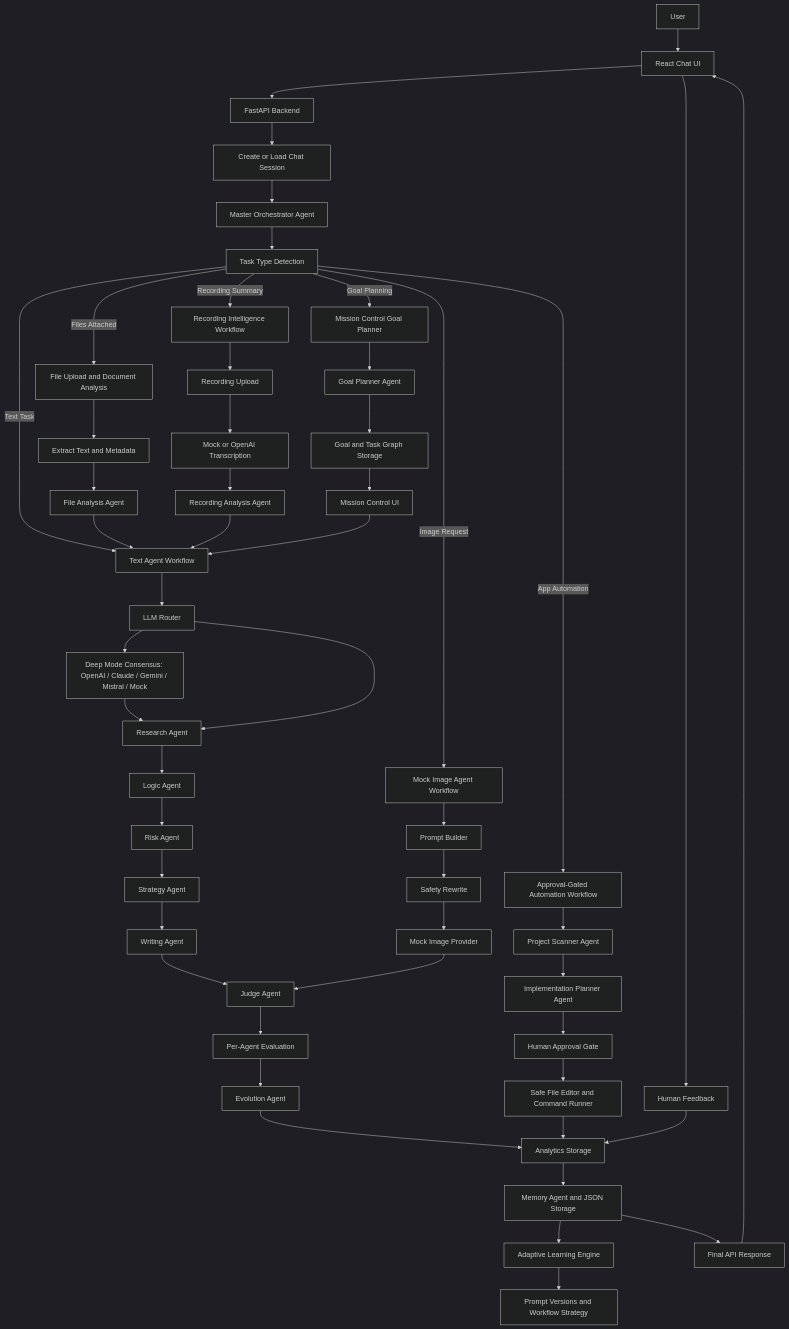
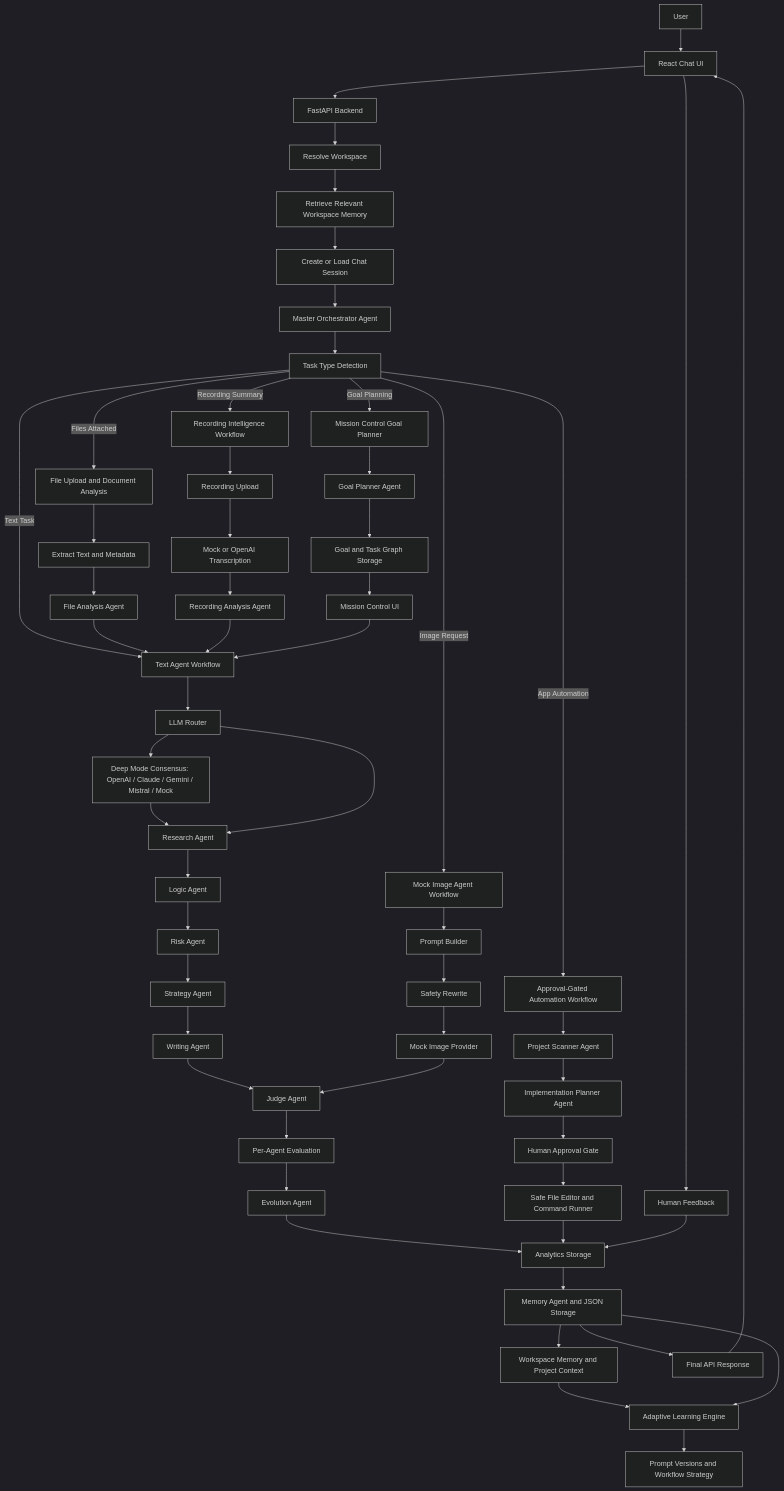
The diagram in README.md (manit0700/evolveagent-ai), drawn with Mermaid (dark theme) before and after one commit. The commit also changed other lines of this file and 21 other files, not shown here.

Commit message:
Add EvolveAgent AI v2.6 workspace memory

````diff
--- a/README.md
+++ b/README.md
@@ -85,60 +93,64 @@
 ```mermaid
 flowchart TD
     U[User] --> UI[React Chat UI]
     UI --> API[FastAPI Backend]
-    API --> Session[Create or Load Chat Session]
+    API --> Workspace[Resolve Workspace]
+    Workspace --> WorkspaceMemory[Retrieve Relevant Workspace Memory]
+    WorkspaceMemory --> Session[Create or Load Chat Session]
     Session --> Master[Master Orchestrator Agent]
     Master --> Detect[Task Type Detection]
 
     Detect -->|Text Task| TextFlow[Text Agent Workflow]
     Detect -->|Files Attached| FileFlow[File Upload and Document Analysis]
     Detect -->|Image Request| ImageFlow[Mock Image Agent Workflow]
     Detect -->|App Automation| AutoFlow[Approval-Gated Automation Workflow]
     Detect -->|Recording Summary| RecordingFlow[Recording Intelligence Workflow]
     Detect -->|Goal Planning| GoalFlow[Mission Control Goal Planner]
 
     FileFlow --> Extract[Extract Text and Metadata]
     Extract --> FileAgent[File Analysis Agent]
     FileAgent --> TextFlow
 
     TextFlow --> Router[LLM Router]
     Router --> Consensus[Deep Mode Consensus: OpenAI / Claude / Gemini / Mistral / Mock]
     Consensus --> Research[Research Agent]
     Router --> Research
     Research --> Logic[Logic Agent]
     Logic --> Risk[Risk Agent]
     Risk --> Strategy[Strategy Agent]
     Strategy --> Writing[Writing Agent]
     Writing --> Judge[Judge Agent]
     Judge --> AgentEval[Per-Agent Evaluation]
     AgentEval --> Evolution[Evolution Agent]
     Evolution --> Analytics[Analytics Storage]
 
     ImageFlow --> Prompt[Prompt Builder]
     Prompt --> Safety[Safety Rewrite]
     Safety --> MockImage[Mock Image Provider]
     MockImage --> Judge
 
     AutoFlow --> Scanner[Project Scanner Agent]
     Scanner --> Planner[Implementation Planner Agent]
     Planner --> Approval[Human Approval Gate]
     Approval --> SafeTools[Safe File Editor and Command Runner]
     SafeTools --> Analytics
 
     RecordingFlow --> RecUpload[Recording Upload]
     RecUpload --> Transcribe[Mock or OpenAI Transcription]
     Transcribe --> RecAgent[Recording Analysis Agent]
     RecAgent --> TextFlow
     GoalFlow --> GoalPlanner[Goal Planner Agent]
     GoalPlanner --> GoalStore[Goal and Task Graph Storage]
     GoalStore --> MissionUI[Mission Control UI]
     MissionUI --> TextFlow
 
     Analytics --> Memory[Memory Agent and JSON Storage]
+    Memory --> WorkspaceStore[Workspace Memory and Project Context]
+    WorkspaceStore --> Learning[Adaptive Learning Engine]
     Memory --> Learning[Adaptive Learning Engine]
     Learning --> PromptVersions[Prompt Versions and Workflow Strategy]
     Memory --> Response[Final API Response]
     Response --> UI
     UI --> Feedback[Human Feedback]
     Feedback --> Analytics
 ```
````
